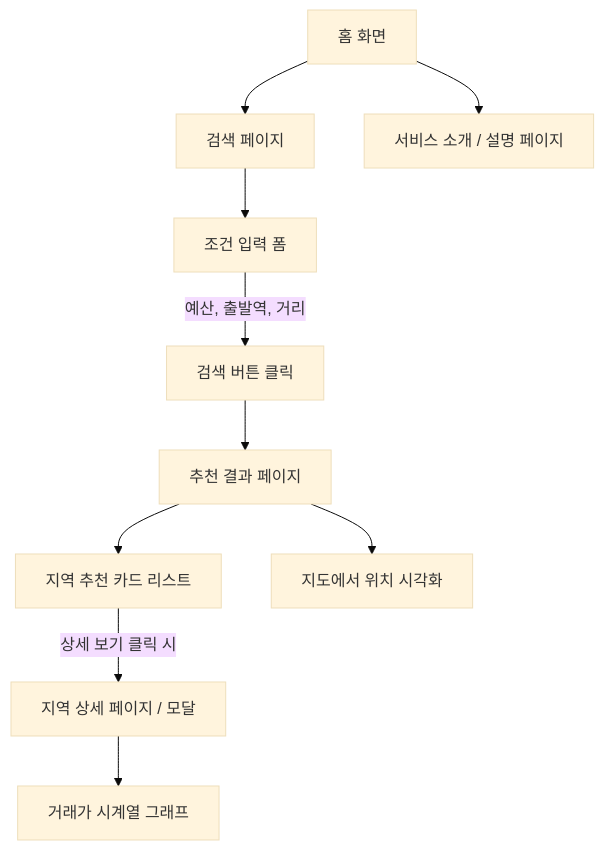
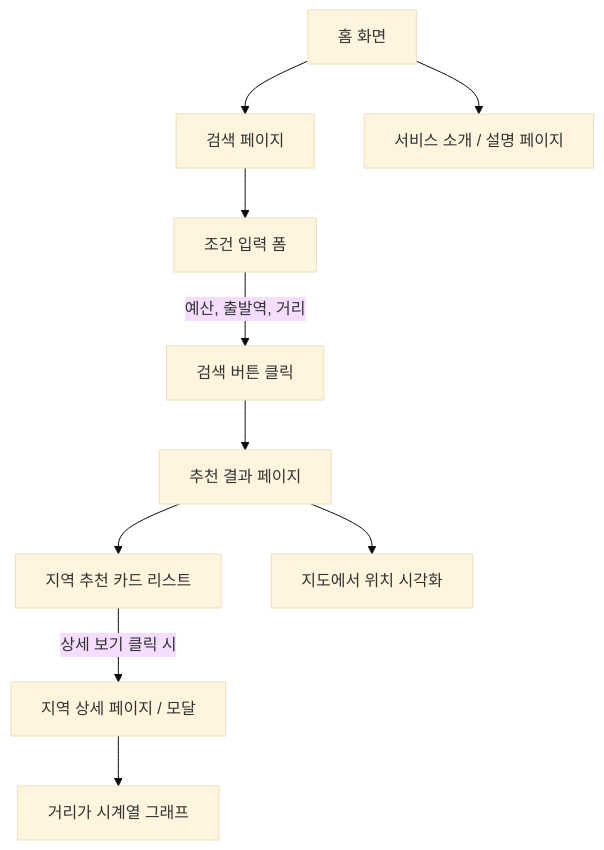
One commit to cloud-engineering-03/buy-seoul-client changed the diagram in README.md. Above: the diagram before and after it, drawn with Mermaid (base theme). The commit also changed other lines of this file, not shown here.

````diff
--- a/README.md
+++ b/README.md
@@ -5,15 +32,15 @@
 ```mermaid
 flowchart TD
   Start[홈 화면]
 
   Start --> SearchPage[검색 페이지]
   SearchPage --> InputForm[조건 입력 폼]
-  InputForm --> |예산, 출발역, 거리| Submit[검색 버튼 클릭]
+  InputForm --> | 예산, 출발역, 거리 | Submit[검색 버튼 클릭]
   Submit --> ResultPage[추천 결과 페이지]
   ResultPage --> DistrictCardList[지역 추천 카드 리스트]
-  DistrictCardList --> |상세 보기 클릭 시| DistrictDetail[지역 상세 페이지 / 모달]
-  DistrictDetail --> TrendChart[거래가 시계열 그래프]
+  DistrictCardList --> | 상세 보기 클릭 시 | DistrictDetail[지역 상세 페이지 / 모달]
+  DistrictDetail --> TrendChart[거리가 시계열 그래프]
   ResultPage --> MapView[지도에서 위치 시각화]
 
   Start --> AboutPage[서비스 소개 / 설명 페이지]
 ```
````
